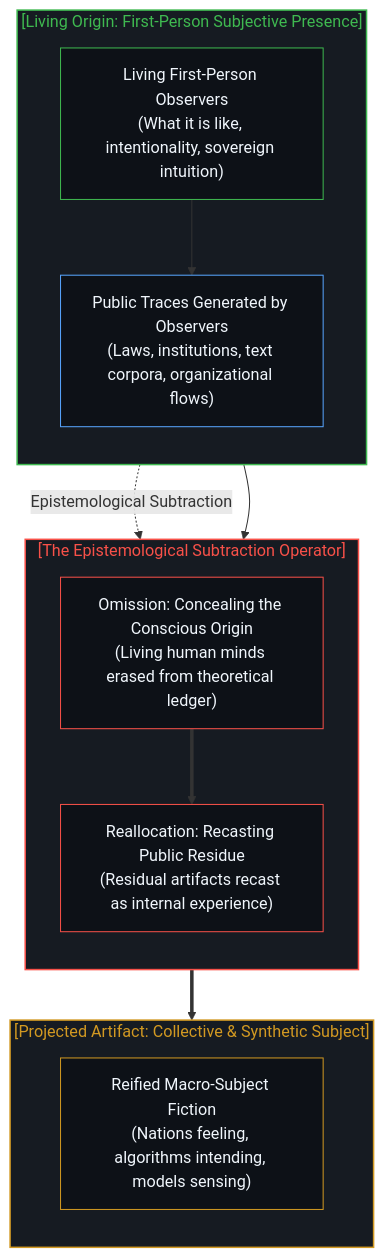
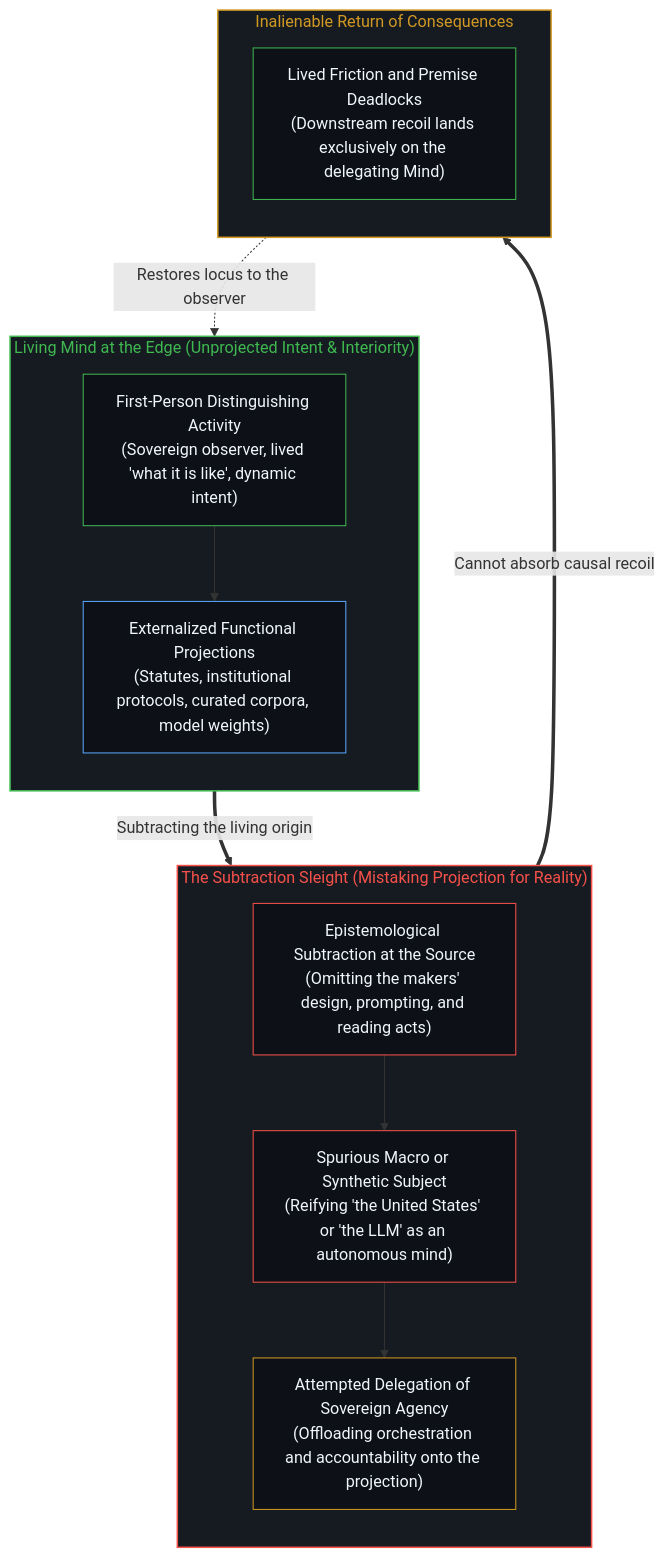
The second of 2 diagrams in content/posts/subtracting-consciousness-at-the-source.md (powerpig99/not-a-toe), drawn with Mermaid before and after one commit. The commit also changed other lines of this file and 2 other files, not shown here.

Commit message:
Refine L2 #93 & #94: curiosity-has-no-final-form, subtracting-consciousness-at-the-source (Deep Sleep Wave 3)

````diff
--- a/content/posts/subtracting-consciousness-at-the-source.md
+++ b/content/posts/subtracting-consciousness-at-the-source.md
@@ -106,32 +68,36 @@
 ```mermaid
-graph TD
-    subgraph S_LivingSource_EN["[Living Origin: First-Person Subjective Presence]"]
+flowchart TD
+    subgraph S_Origin["Living Mind at the Edge (Unprojected Intent & Interiority)"]
         direction TB
-        LSE1["Living First-Person Observers<br/>(What it is like, intentionality, sovereign intuition)"] --> LSE2["Public Traces Generated by Observers<br/>(Laws, institutions, text corpora, organizational flows)"]
+        O1["First-Person Distinguishing Activity<br/>(Sovereign observer, lived 'what it is like', dynamic intent)"]
+        O2["Externalized Functional Projections<br/>(Statutes, institutional protocols, curated corpora, model weights)"]
+        O1 --> O2
     end
 
-    subgraph S_Subtraction_EN["[The Epistemological Subtraction Operator]"]
+    subgraph S_Subtraction["The Subtraction Sleight (Mistaking Projection for Reality)"]
         direction TB
-        SUBE1["Omission: Concealing the Conscious Origin<br/>(Living human minds erased from theoretical ledger)"]
-        SUBE2["Reallocation: Recasting Public Residue<br/>(Residual artifacts recast as internal experience)"]
-        SUBE1 ==> SUBE2
+        S1["Epistemological Subtraction at the Source<br/>(Omitting the makers' design, prompting, and reading acts)"]
+        S2["Spurious Macro or Synthetic Subject<br/>(Reifying 'the United States' or 'the LLM' as an autonomous mind)"]
+        S3["Attempted Delegation of Sovereign Agency<br/>(Offloading orchestration and accountability onto the projection)"]
+        S1 --> S2 --> S3
     end
 
-    subgraph S_SpuriousMind_EN["[Projected Artifact: Collective & Synthetic Subject]"]
+    subgraph S_Return["Inalienable Return of Consequences"]
         direction TB
-        SME1["Reified Macro-Subject Fiction<br/>(Nations feeling, algorithms intending, models sensing)"]
+        R1["Lived Friction and Premise Deadlocks<br/>(Downstream recoil lands exclusively on the delegating Mind)"]
     end
 
-    LSE1 -.->|"Epistemological Subtraction"| SUBE1
-    LSE2 --> SUBE2
-    SUBE2 ==> SME1
+    O2 ==>|"Subtracting the living origin"| S1
+    S3 ==>|"Cannot absorb causal recoil"| R1
+    R1 -.->|"Restores locus to the observer"| O1
 
-    style S_LivingSource_EN fill:#161b22,stroke:#3fb950,stroke-width:1.5px,color:#3fb950
-    style S_Subtraction_EN fill:#161b22,stroke:#f85149,stroke-width:1.5px,color:#f85149
-    style S_SpuriousMind_EN fill:#161b22,stroke:#d29922,stroke-width:1.5px,color:#d29922
-    style LSE1 fill:#0d1117,stroke:#3fb950,stroke-width:1px,color:#f0f6fc
-    style LSE2 fill:#0d1117,stroke:#58a6ff,stroke-width:1px,color:#f0f6fc
-    style SUBE1 fill:#0d1117,stroke:#f85149,stroke-width:1px,color:#f0f6fc
-    style SUBE2 fill:#0d1117,stroke:#f85149,stroke-width:1px,color:#f0f6fc
-    style SME1 fill:#0d1117,stroke:#d29922,stroke-width:1px,color:#f0f6fc
+    style S_Origin fill:#161b22,stroke:#3fb950,stroke-width:1.5px,color:#3fb950
+    style S_Subtraction fill:#161b22,stroke:#f85149,stroke-width:1.5px,color:#f85149
+    style S_Return fill:#161b22,stroke:#d29922,stroke-width:1.5px,color:#d29922
+    style O1 fill:#0d1117,stroke:#3fb950,stroke-width:1px,color:#f0f6fc
+    style O2 fill:#0d1117,stroke:#58a6ff,stroke-width:1px,color:#f0f6fc
+    style S1 fill:#0d1117,stroke:#f85149,stroke-width:1px,color:#f0f6fc
+    style S2 fill:#0d1117,stroke:#f85149,stroke-width:1px,color:#f0f6fc
+    style S3 fill:#0d1117,stroke:#d29922,stroke-width:1px,color:#f0f6fc
+    style R1 fill:#0d1117,stroke:#3fb950,stroke-width:1px,color:#f0f6fc
 ```
````
